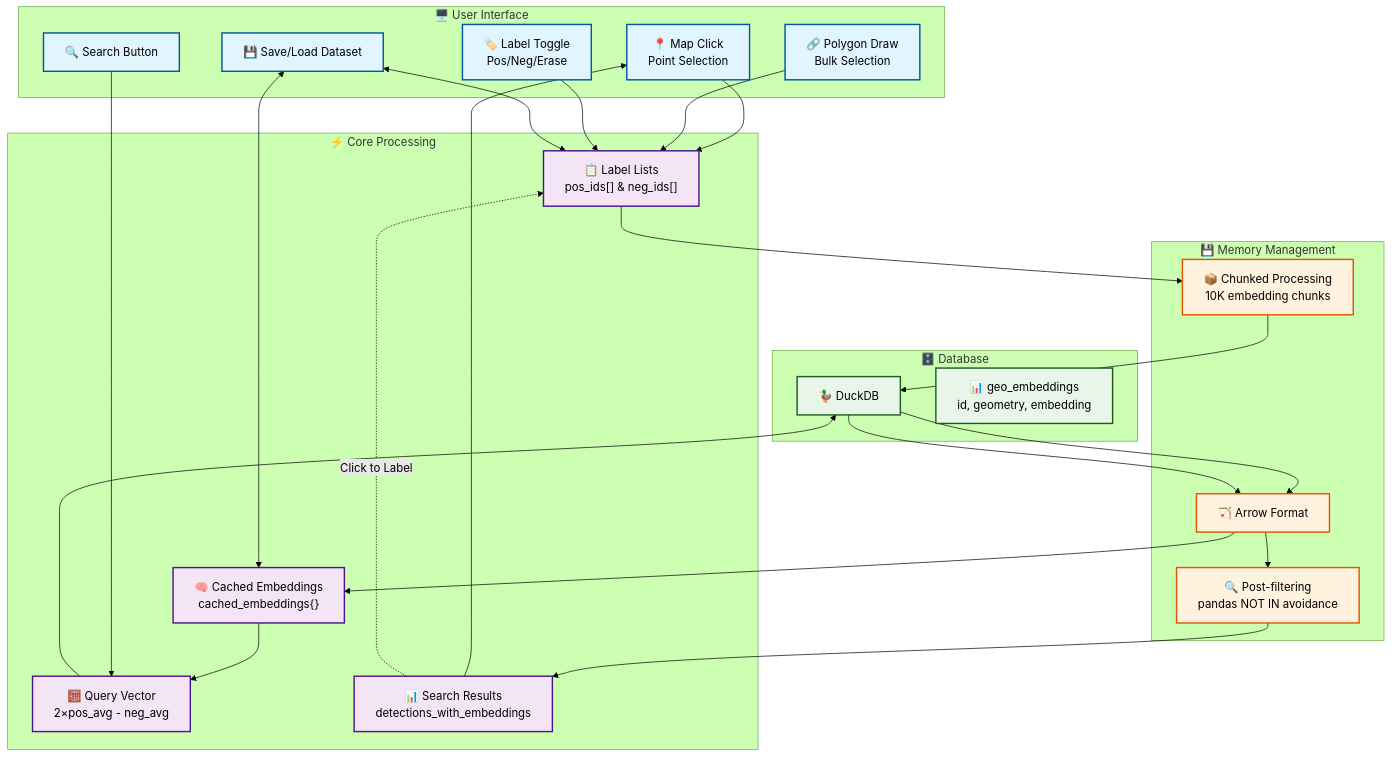
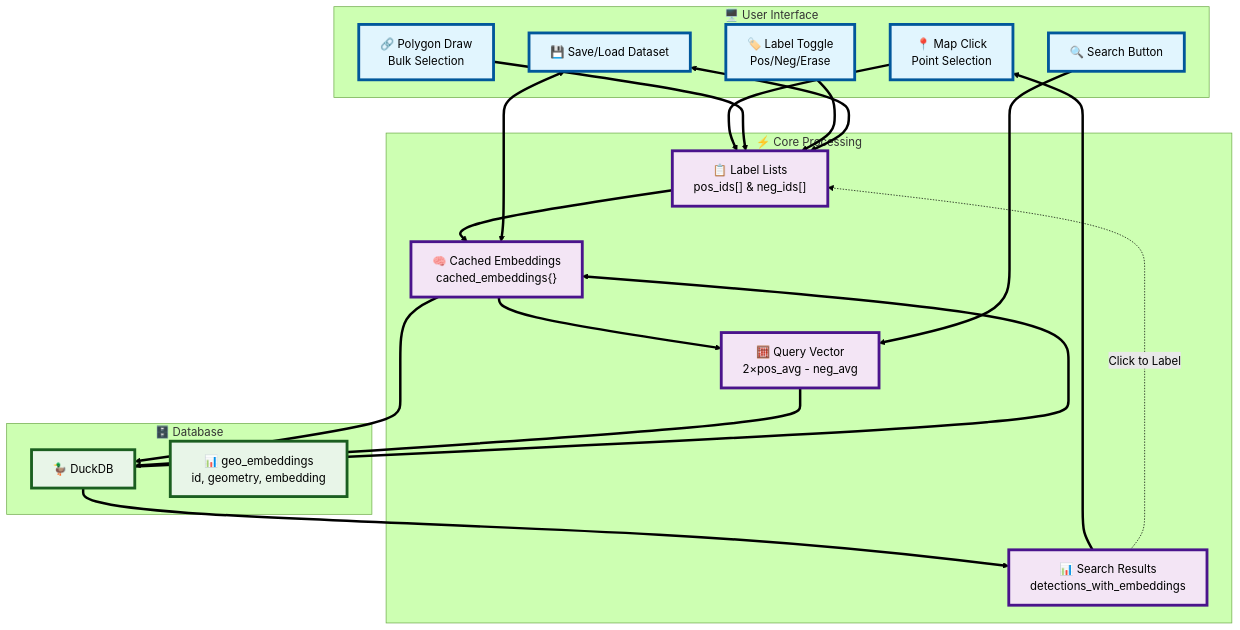
The diagram in README.md (Epoch-blue/geovibes), drawn with Mermaid (forest theme) before and after one commit.

````diff
--- a/README.md
+++ b/README.md
@@ -15,63 +15,52 @@
 ```mermaid
 graph TB
     subgraph UI["🖥️ User Interface"]
         MapClick["📍 Map Click<br/>Point Selection"]
         PolygonDraw["🔗 Polygon Draw<br/>Bulk Selection"]
         SearchBtn["🔍 Search Button"]
         LabelToggle["🏷️ Label Toggle<br/>Pos/Neg/Erase"]
         SaveLoad["💾 Save/Load Dataset"]
     end
     
     subgraph Core["⚡ Core Processing"]
         LabelLists["📋 Label Lists<br/>pos_ids[] & neg_ids[]"]
         CachedEmbeds["🧠 Cached Embeddings<br/>cached_embeddings{}"]
         QueryVector["🧮 Query Vector<br/>2×pos_avg - neg_avg"]
         SearchResults["📊 Search Results<br/>detections_with_embeddings"]
     end
     
-    subgraph Memory["💾 Memory Management"]
-        Arrow["🏹 Arrow Format"]
-        Chunking["📦 Chunked Processing<br/>10K embedding chunks"]
-        PostFilter["🔍 Post-filtering<br/>pandas NOT IN avoidance"]
-    end
-    
     subgraph DB["🗄️ Database"]
         DuckDB["🦆 DuckDB"]
         GeoTable["📊 geo_embeddings<br/>id, geometry, embedding"]
     end
     
     %% Labeling Flow
-    MapClick --> LabelLists
-    PolygonDraw --> LabelLists
-    LabelToggle --> LabelLists
-    LabelLists --> Chunking
-    Chunking --> DuckDB
-    DuckDB --> Arrow
-    Arrow --> CachedEmbeds
-    CachedEmbeds --> QueryVector
+    MapClick ==> LabelLists
+    PolygonDraw ==> LabelLists
+    LabelToggle ==> LabelLists
+    LabelLists ==> CachedEmbeds
+    CachedEmbeds ==> DuckDB
+    DuckDB ==> CachedEmbeds
+    CachedEmbeds ==> QueryVector
     
     %% Search Flow
-    SearchBtn --> QueryVector
-    QueryVector --> DuckDB
-    DuckDB --> Arrow
-    Arrow --> PostFilter
-    PostFilter --> SearchResults
-    SearchResults --> MapClick
+    SearchBtn ==> QueryVector
+    QueryVector ==> DuckDB
+    DuckDB ==> SearchResults
+    SearchResults ==> MapClick
     
     %% Feedback Loop
     SearchResults -.->|"Click to Label"| LabelLists
     
     %% Data Persistence
-    SaveLoad <--> CachedEmbeds
-    SaveLoad <--> LabelLists
+    SaveLoad <==> CachedEmbeds
+    SaveLoad <==> LabelLists
     
-    classDef uiClass fill:#e1f5fe,stroke:#01579b,stroke-width:2px
-    classDef coreClass fill:#f3e5f5,stroke:#4a148c,stroke-width:2px
-    classDef memoryClass fill:#fff3e0,stroke:#e65100,stroke-width:2px
-    classDef dbClass fill:#e8f5e8,stroke:#1b5e20,stroke-width:2px
+    classDef uiClass fill:#e1f5fe,stroke:#01579b,stroke-width:4px,font-size:16px
+    classDef coreClass fill:#f3e5f5,stroke:#4a148c,stroke-width:4px,font-size:16px
+    classDef dbClass fill:#e8f5e8,stroke:#1b5e20,stroke-width:4px,font-size:16px
     
     class MapClick,PolygonDraw,SearchBtn,LabelToggle,SaveLoad uiClass
     class LabelLists,CachedEmbeds,QueryVector,SearchResults coreClass
-    class Arrow,Chunking,PostFilter memoryClass
     class DuckDB,GeoTable dbClass
 ```
````
